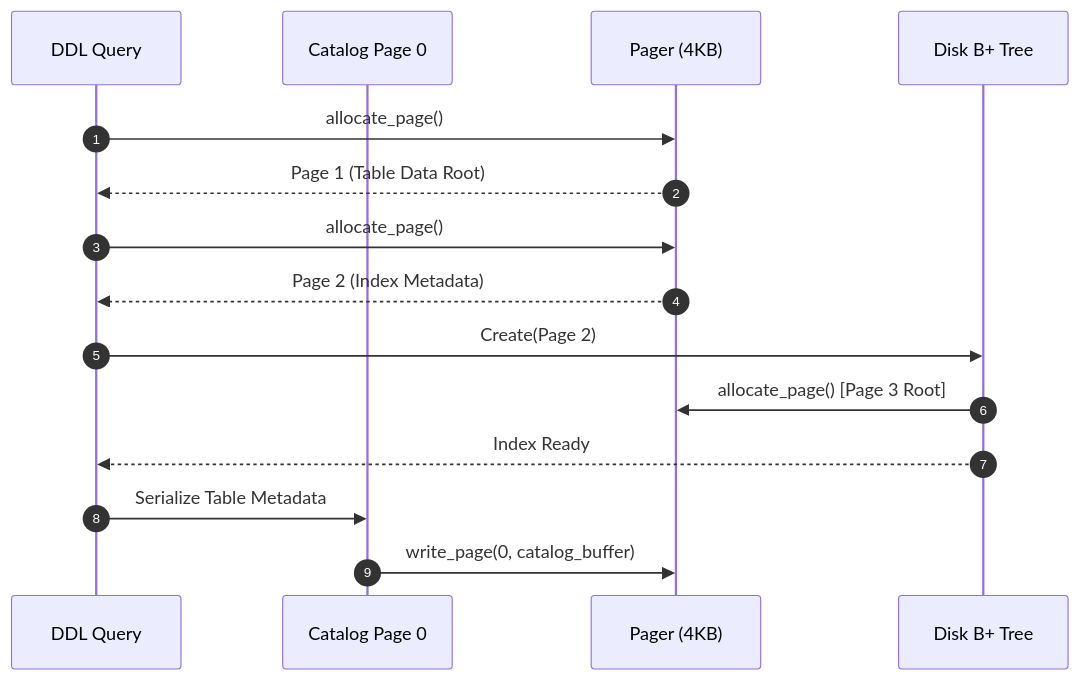
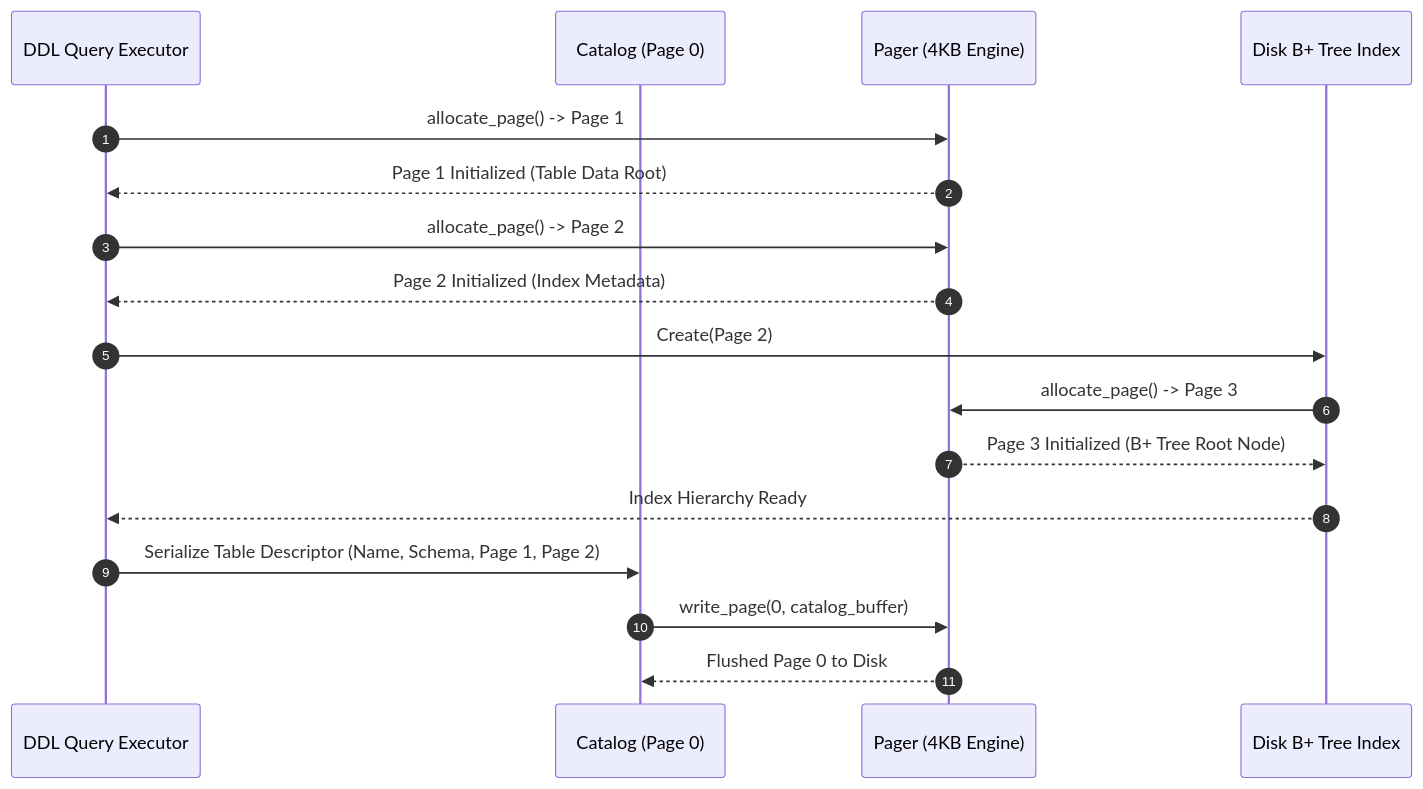
The second of 2 diagrams in docs/sql/statements/create-table.md (KAAZamapiloT/QUARTZ_DB), drawn with Mermaid before and after one commit. The commit also changed other lines of this file and 26 other files, not shown here.

Commit message:
feat: complete v0.1.0 embedded relational engine with SQL aggregates and libquartz C AP

````diff
--- a/docs/sql/statements/create-table.md
+++ b/docs/sql/statements/create-table.md
@@ -46,18 +78,20 @@
 ```mermaid
 sequenceDiagram
     autonumber
-    participant SQL as DDL Query
-    participant Cat as Catalog Page 0
-    participant Pager as Pager (4KB)
-    participant Bpt as Disk B+ Tree
+    participant SQL as DDL Query Executor
+    participant Cat as Catalog (Page 0)
+    participant Pager as Pager (4KB Engine)
+    participant Bpt as Disk B+ Tree Index
 
-    SQL->>Pager: allocate_page()
-    Pager-->>SQL: Page 1 (Table Data Root)
-    SQL->>Pager: allocate_page()
-    Pager-->>SQL: Page 2 (Index Metadata)
+    SQL->>Pager: allocate_page() -> Page 1
+    Pager-->>SQL: Page 1 Initialized (Table Data Root)
+    SQL->>Pager: allocate_page() -> Page 2
+    Pager-->>SQL: Page 2 Initialized (Index Metadata)
     SQL->>Bpt: Create(Page 2)
-    Bpt->>Pager: allocate_page() [Page 3 Root]
-    Bpt-->>SQL: Index Ready
-    SQL->>Cat: Serialize Table Metadata
+    Bpt->>Pager: allocate_page() -> Page 3
+    Pager-->>Bpt: Page 3 Initialized (B+ Tree Root Node)
+    Bpt-->>SQL: Index Hierarchy Ready
+    SQL->>Cat: Serialize Table Descriptor (Name, Schema, Page 1, Page 2)
     Cat->>Pager: write_page(0, catalog_buffer)
+    Pager-->>Cat: Flushed Page 0 to Disk
 ```
````
